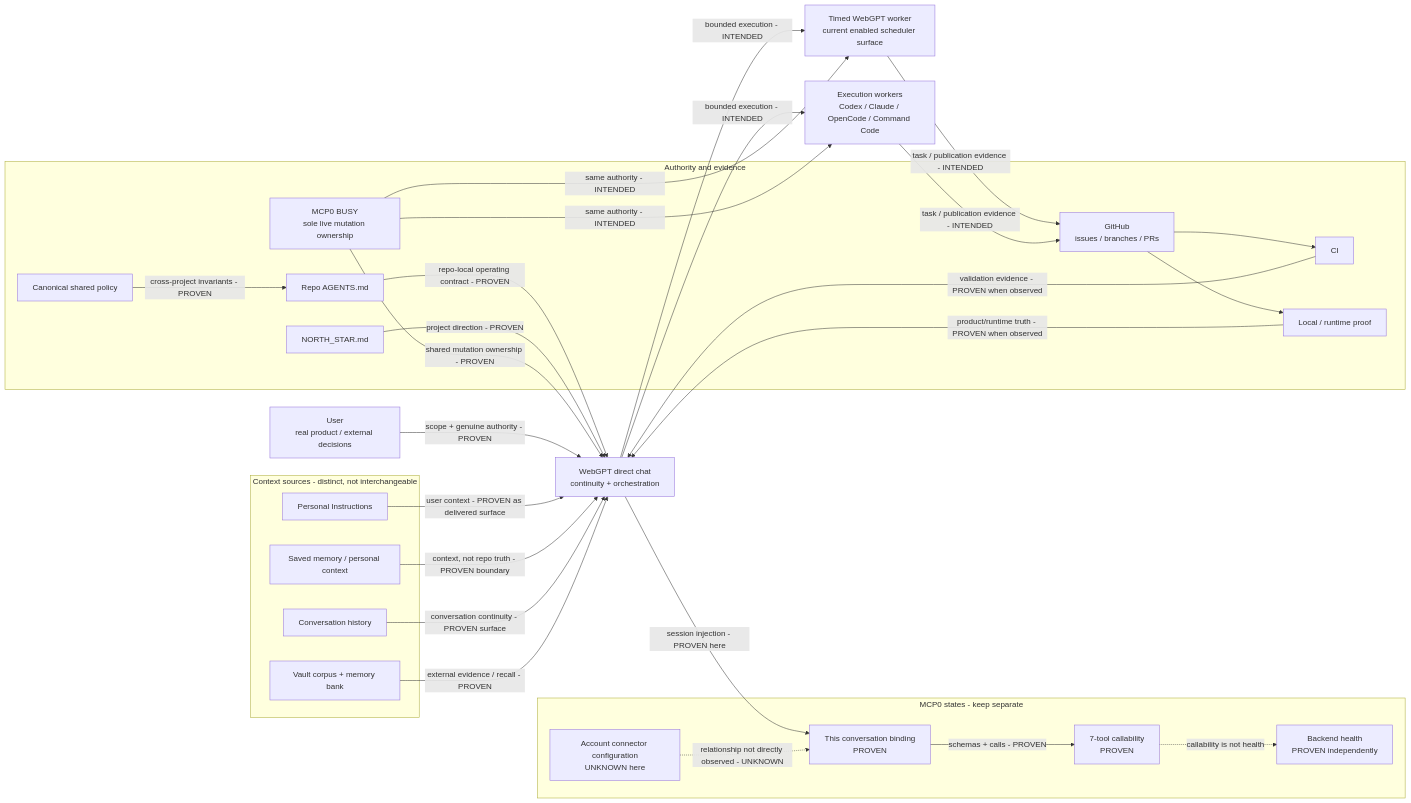
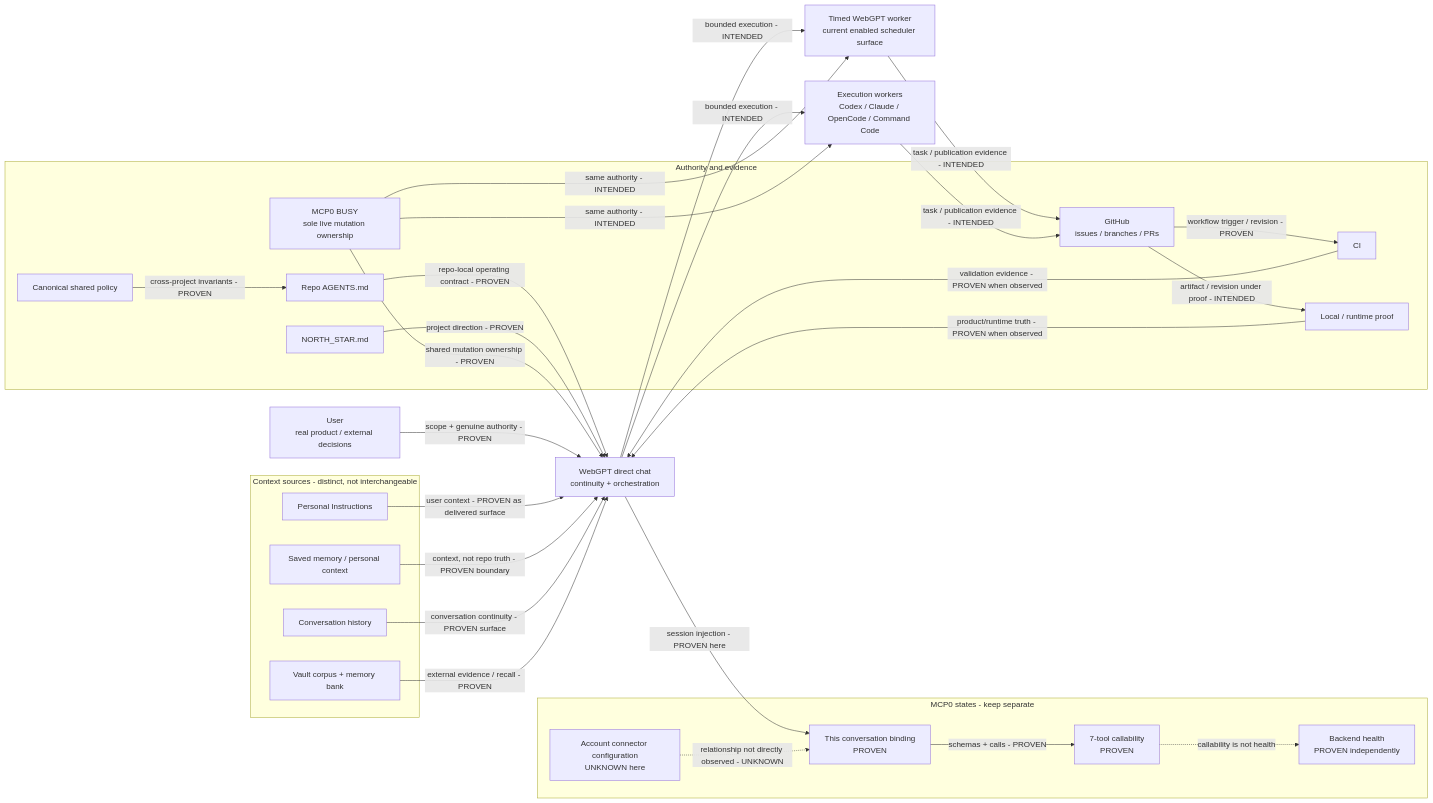
The diagram in docs/assistant-stack-architecture.md (organicoverlords/regression-research), drawn with Mermaid before and after one commit. The commit also changed other lines of this file and 3 other files, not shown here.

````diff
--- a/docs/assistant-stack-architecture.md
+++ b/docs/assistant-stack-architecture.md
@@ -13,58 +13,58 @@
 ```mermaid
 flowchart LR
   U["User\nreal product / external decisions"]
   W["WebGPT direct chat\ncontinuity + orchestration"]
   T["Timed WebGPT worker\ncurrent enabled scheduler surface"]
   X["Execution workers\nCodex / Claude / OpenCode / Command Code"]
 
   subgraph CTX["Context sources - distinct, not interchangeable"]
     PI["Personal Instructions"]
     MEM["Saved memory / personal context"]
     HIST["Conversation history"]
     V["Vault corpus + memory bank"]
   end
 
   subgraph AUTH["Authority and evidence"]
     SP["Canonical shared policy"]
     AG["Repo AGENTS.md"]
     NS["NORTH_STAR.md"]
     BUSY["MCP0 BUSY\nsole live mutation ownership"]
     GH["GitHub\nissues / branches / PRs"]
     CI["CI"]
     RT["Local / runtime proof"]
   end
 
   subgraph MCP["MCP0 states - keep separate"]
     ACCT["Account connector configuration\nUNKNOWN here"]
     BIND["This conversation binding\nPROVEN"]
     CALL["7-tool callability\nPROVEN"]
     HEALTH["Backend health\nPROVEN independently"]
   end
 
   U -- "scope + genuine authority - PROVEN" --> W
   PI -- "user context - PROVEN as delivered surface" --> W
   MEM -- "context, not repo truth - PROVEN boundary" --> W
   HIST -- "conversation continuity - PROVEN surface" --> W
   V -- "external evidence / recall - PROVEN" --> W
 
   W -- "bounded execution - INTENDED" --> T
   W -- "bounded execution - INTENDED" --> X
   SP -- "cross-project invariants - PROVEN" --> AG
   AG -- "repo-local operating contract - PROVEN" --> W
   NS -- "project direction - PROVEN" --> W
   BUSY -- "shared mutation ownership - PROVEN" --> W
   BUSY -- "same authority - INTENDED" --> T
   BUSY -- "same authority - INTENDED" --> X
 
   W -- "session injection - PROVEN here" --> BIND
   ACCT -. "relationship not directly observed - UNKNOWN" .-> BIND
   BIND -- "schemas + calls - PROVEN" --> CALL
   CALL -. "callability is not health" .-> HEALTH
 
   T -- "task / publication evidence - INTENDED" --> GH
   X -- "task / publication evidence - INTENDED" --> GH
-  GH --> CI
-  GH --> RT
+  GH -- "workflow trigger / revision - PROVEN" --> CI
+  GH -- "artifact / revision under proof - INTENDED" --> RT
   CI -- "validation evidence - PROVEN when observed" --> W
   RT -- "product/runtime truth - PROVEN when observed" --> W
 ```
````
